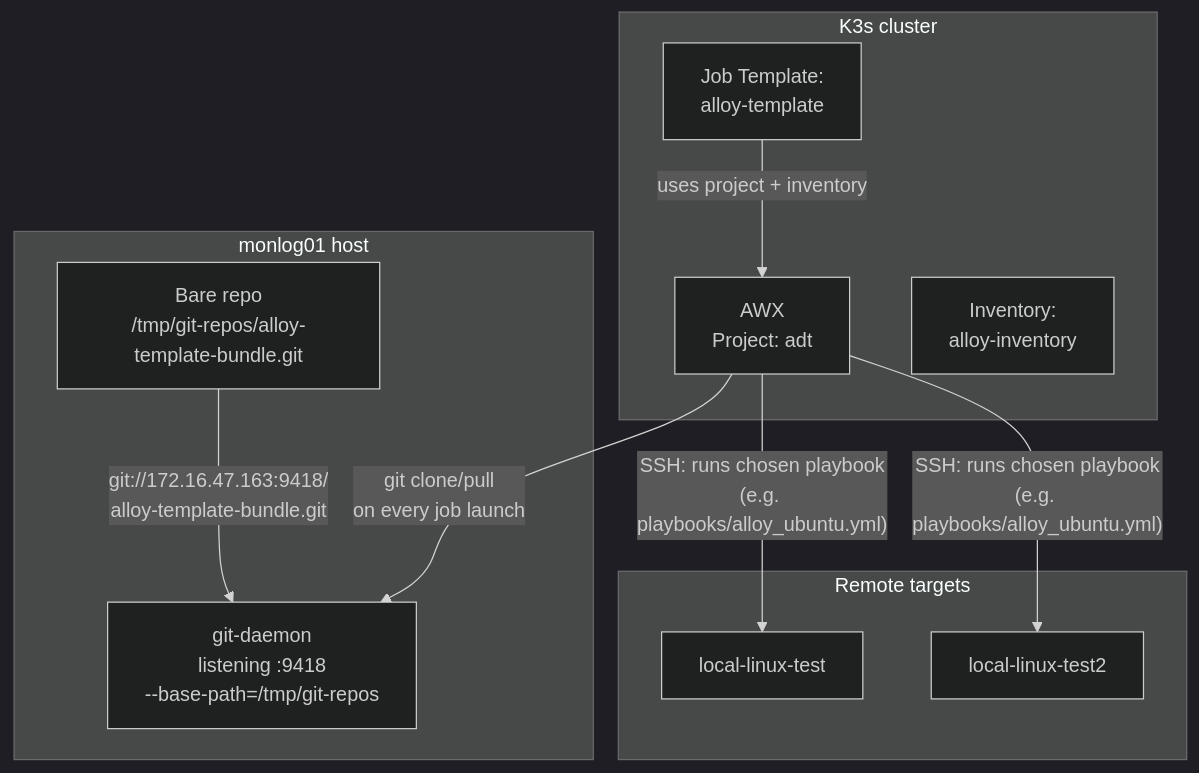
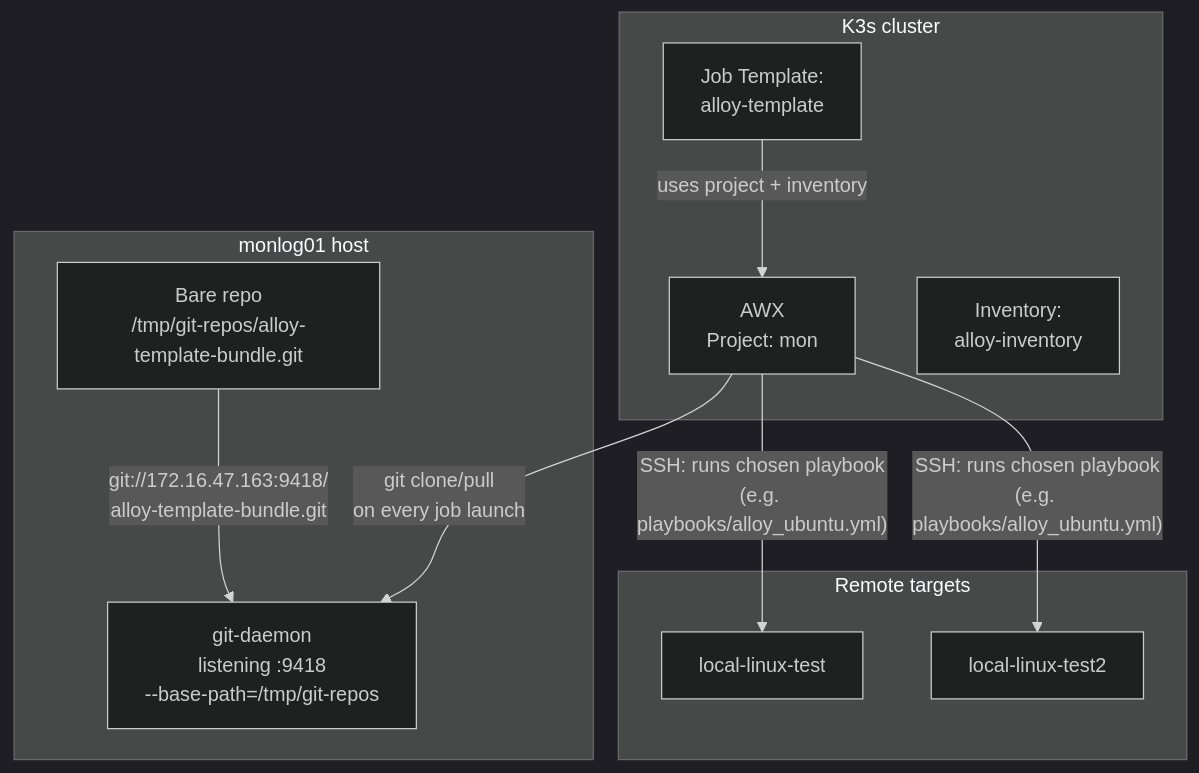
Before and after one commit to JamesRivers/wayfinder: the fourth of 4 diagrams in observability-stack-simple-ps-tools/docs/lgtm-operations-guide.md, drawn with Mermaid (dark theme). The commit also changed other lines of this file and 2 other files, not shown here.

Commit message:
Rename default AWX project from adt to mon

````diff
--- a/observability-stack-simple-ps-tools/docs/lgtm-operations-guide.md
+++ b/observability-stack-simple-ps-tools/docs/lgtm-operations-guide.md
@@ -280,24 +280,24 @@
 ```mermaid
 flowchart TB
     subgraph "monlog01 host"
         GD["git-daemon<br/>listening :9418<br/>--base-path=/tmp/git-repos"]
         BR["Bare repo<br/>/tmp/git-repos/alloy-template-bundle.git"]
     end
 
     subgraph "K3s cluster"
-        AWX["AWX<br/>Project: adt"]
+        AWX["AWX<br/>Project: mon"]
         JT["Job Template:<br/>alloy-template"]
         INV["Inventory:<br/>alloy-inventory"]
     end
 
     subgraph "Remote targets"
         T1["local-linux-test"]
         T2["local-linux-test2"]
     end
 
     BR -->|"git://172.16.47.163:9418/<br/>alloy-template-bundle.git"| GD
     AWX -->|"git clone/pull<br/>on every job launch"| GD
     JT -->|"uses project + inventory"| AWX
     AWX -->|"SSH: runs chosen playbook<br/>(e.g. playbooks/alloy_ubuntu.yml)"| T1
     AWX -->|"SSH: runs chosen playbook<br/>(e.g. playbooks/alloy_ubuntu.yml)"| T2
 ```
````
